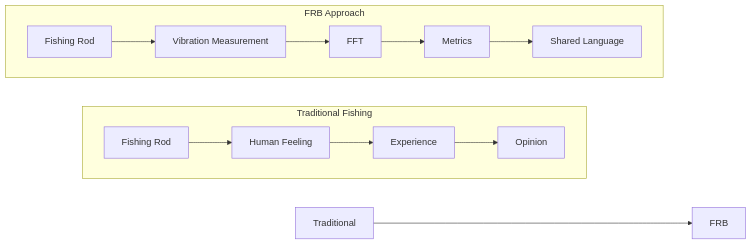
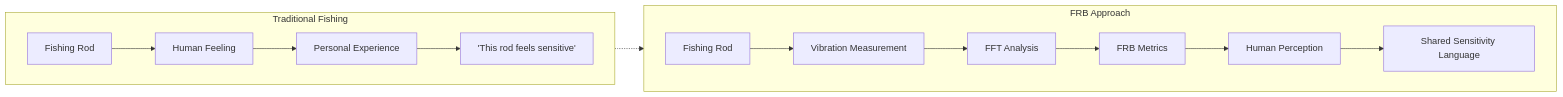
Before and after one commit to tamasub/FRB: the fourth of 5 diagrams in README.md, drawn with Mermaid. The commit also changed other lines of this file, not shown here.

````diff
--- a/README.md
+++ b/README.md
@@ -66,15 +90,15 @@
 ```mermaid
 flowchart LR
 
-T[Traditional] --> F[FRB]
-
 subgraph Traditional Fishing
 direction LR
-A[Fishing Rod] --> B[Human Feeling] --> C[Experience] --> D[Opinion]
+A[Fishing Rod] --> B[Human Feeling] --> C[Personal Experience] --> D["'This rod feels sensitive'"]
 end
 
 subgraph FRB Approach
 direction LR
-E[Fishing Rod] --> F1[Vibration Measurement] --> G[FFT] --> H[Metrics] --> I[Shared Language]
+E[Fishing Rod] --> F[Vibration Measurement] --> G[FFT Analysis] --> H[FRB Metrics] --> I[Human Perception] --> J[Shared Sensitivity Language]
 end
+
+D -.-> E
 ```
````
